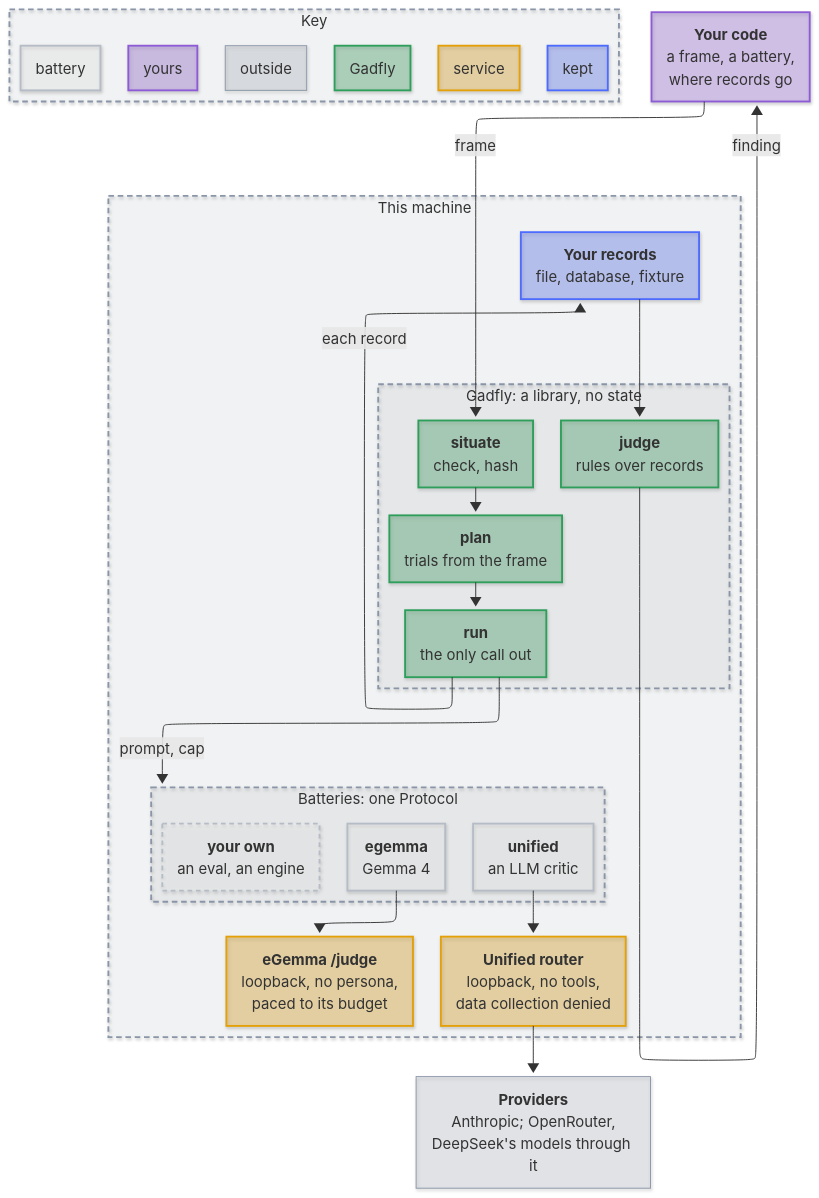
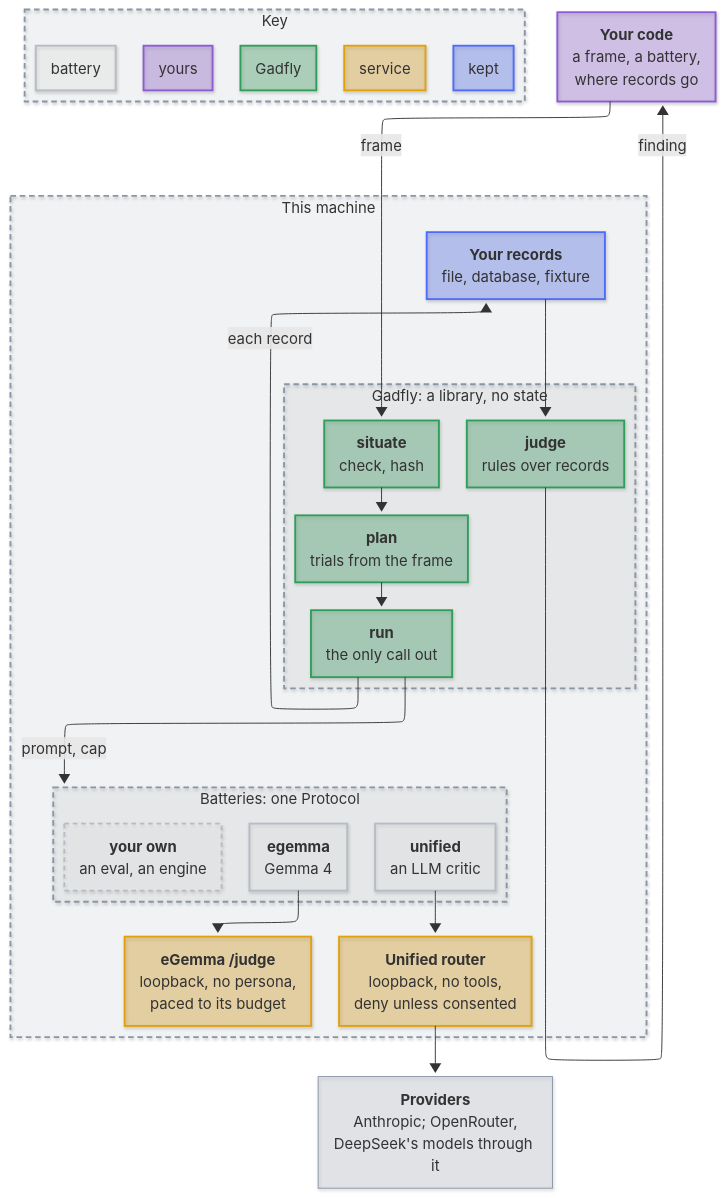
The diagram in docs/architecture.md (mirzahusadzic/gadfly), drawn with Mermaid before and after one commit. The commit also changed other lines of this file and 16 other files, not shown here.

````diff
--- a/docs/architecture.md
+++ b/docs/architecture.md
@@ -62,7 +62,7 @@
             EB["<b>egemma</b><br/>Gemma 4"]
             OW["<b>your own</b><br/>an eval, an engine"]
         end
-        RT["<b>Unified router</b><br/>loopback, no tools,<br/>data collection denied"]
+    RT["<b>Unified router</b><br/>loopback, no tools,<br/>deny unless consented"]
         ES["<b>eGemma /judge</b><br/>loopback, no persona,<br/>paced to its budget"]
     end
     PV["<b>Providers</b><br/>Anthropic; OpenRouter,<br/>DeepSeek's models through it"]
@@ -72,7 +72,6 @@
         K3["battery"]
         K4["service"]
         K5["kept"]
-        K6["outside"]
     end
 
     YOU -->|"frame"| SI --> PL --> RU
@@ -101,6 +100,5 @@
     class K3 interface
     class K4 service
     class K5 kept
-    class K6 default
     style OW stroke-dasharray: 5 4
 ```
````
